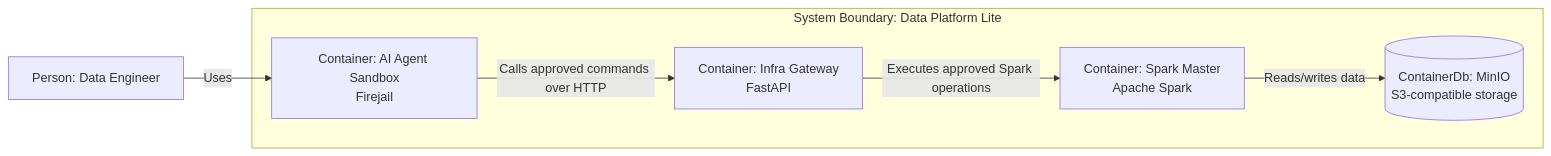
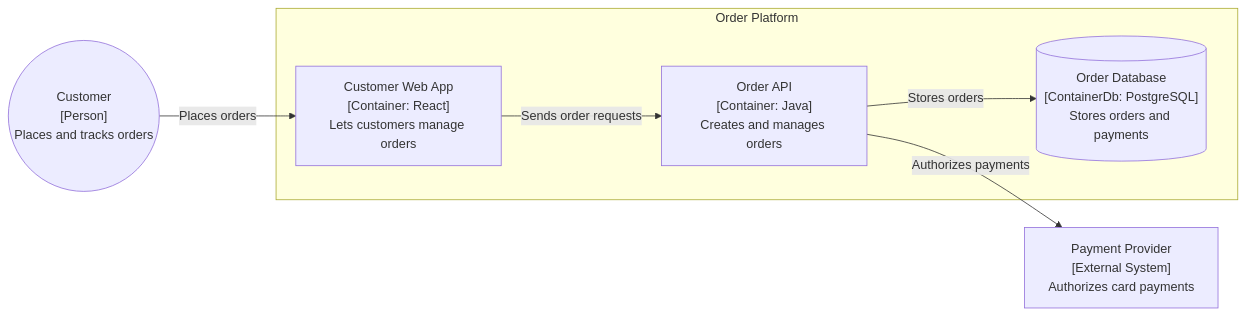
One commit to mentoria-edu/basic_skills changed the second of 2 diagrams in c4-model/SKILL.md. Above: the diagram before and after it, drawn with Mermaid. The commit also changed other lines of this file and 2 other files, not shown here.

````diff
--- a/c4-model/SKILL.md
+++ b/c4-model/SKILL.md
@@ -123,15 +77,16 @@
 ```mermaid
 flowchart LR
-  user["Person: Data Engineer"]
-  subgraph platform["System Boundary: Data Platform Lite"]
-    agent["Container: AI Agent Sandbox\nFirejail"]
-    gateway["Container: Infra Gateway\nFastAPI"]
-    spark["Container: Spark Master\nApache Spark"]
-    minio[("ContainerDb: MinIO\nS3-compatible storage")]
+  customer(("Customer\n[Person]\nPlaces and tracks orders"))
+  payment["Payment Provider\n[External System]\nAuthorizes card payments"]
+
+  subgraph platform["Order Platform"]
+    web["Customer Web App\n[Container: React]\nLets customers manage orders"]
+    api["Order API\n[Container: Java]\nCreates and manages orders"]
+    db[("Order Database\n[ContainerDb: PostgreSQL]\nStores orders and payments")]
   end
 
-  user -->|Uses| agent
-  agent -->|Calls approved commands over HTTP| gateway
-  gateway -->|Executes approved Spark operations| spark
-  spark -->|Reads/writes data| minio
+  customer -->|Places orders| web
+  web -->|Sends order requests| api
+  api -->|Authorizes payments| payment
+  api -->|Stores orders| db
 ```
````
